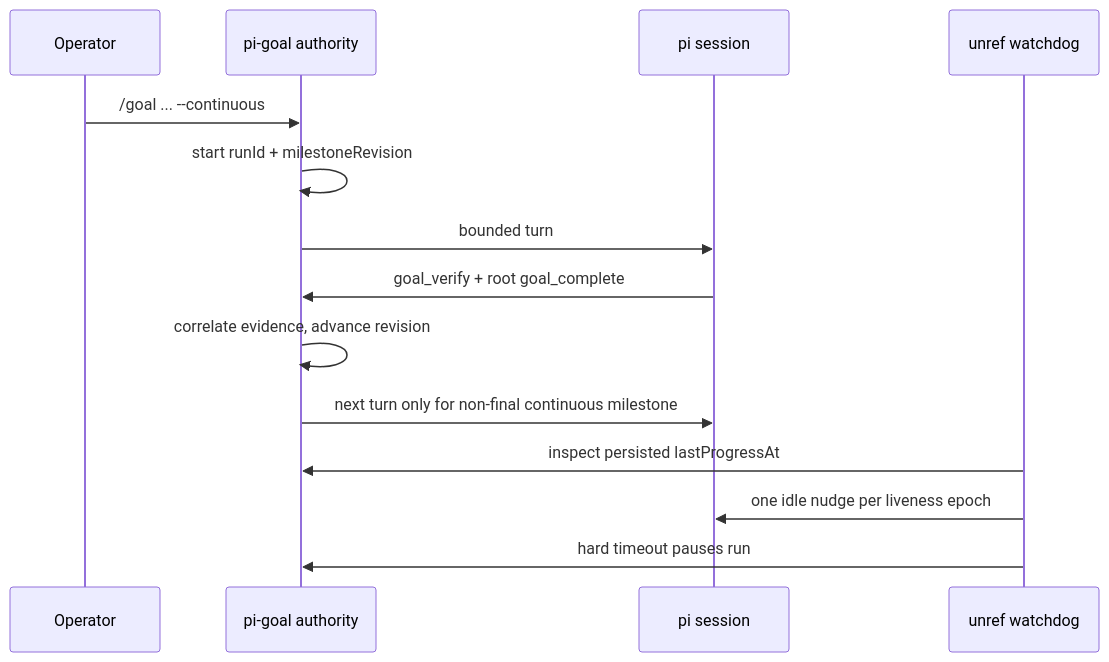
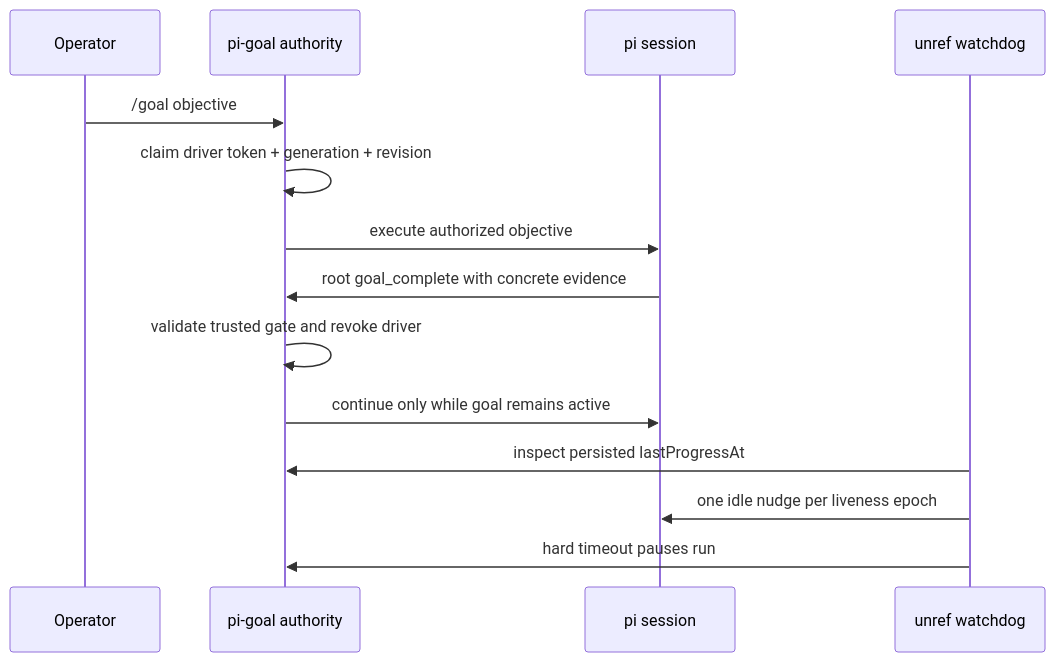
Before and after one commit to tS7hKamAYL84j91/pi-tools-and-skills: diagram 26 of 32 in docs/architecture.md, drawn with Mermaid. The commit also changed other lines of this file and 103 other files, not shown here.

````diff
--- a/docs/architecture.md
+++ b/docs/architecture.md
@@ -811,16 +802,16 @@
 ```mermaid
 sequenceDiagram
     participant Operator
     participant Goal as pi-goal authority
     participant Pi as pi session
     participant Watchdog as unref watchdog
-    Operator->>Goal: /goal ... --continuous
-    Goal->>Goal: start runId + milestoneRevision
-    Goal->>Pi: bounded turn
-    Pi->>Goal: goal_verify + root goal_complete
-    Goal->>Goal: correlate evidence, advance revision
-    Goal->>Pi: next turn only for non-final continuous milestone
+    Operator->>Goal: /goal objective
+    Goal->>Goal: claim driver token + generation + revision
+    Goal->>Pi: execute authorized objective
+    Pi->>Goal: root goal_complete with concrete evidence
+    Goal->>Goal: validate trusted gate and revoke driver
+    Goal->>Pi: continue only while goal remains active
     Watchdog->>Goal: inspect persisted lastProgressAt
     Watchdog->>Pi: one idle nudge per liveness epoch
     Watchdog->>Goal: hard timeout pauses run
 ```
````
